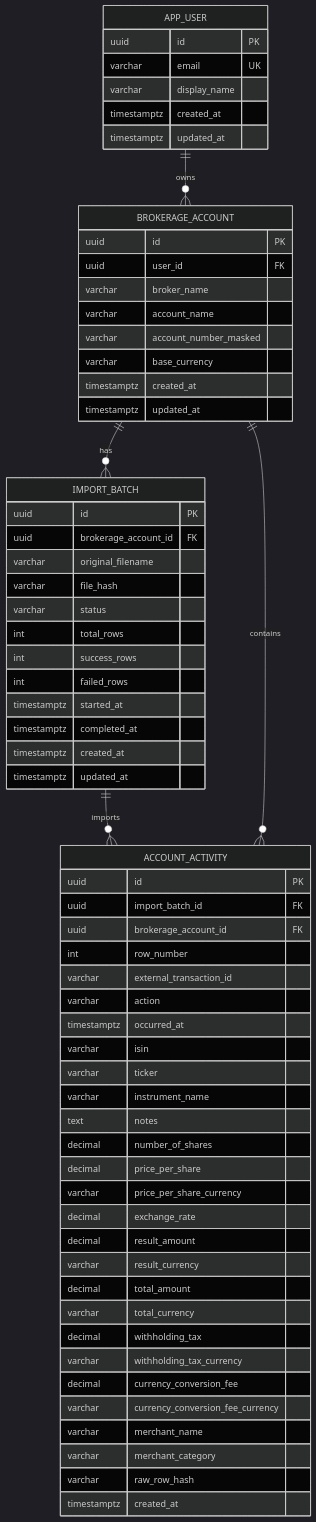
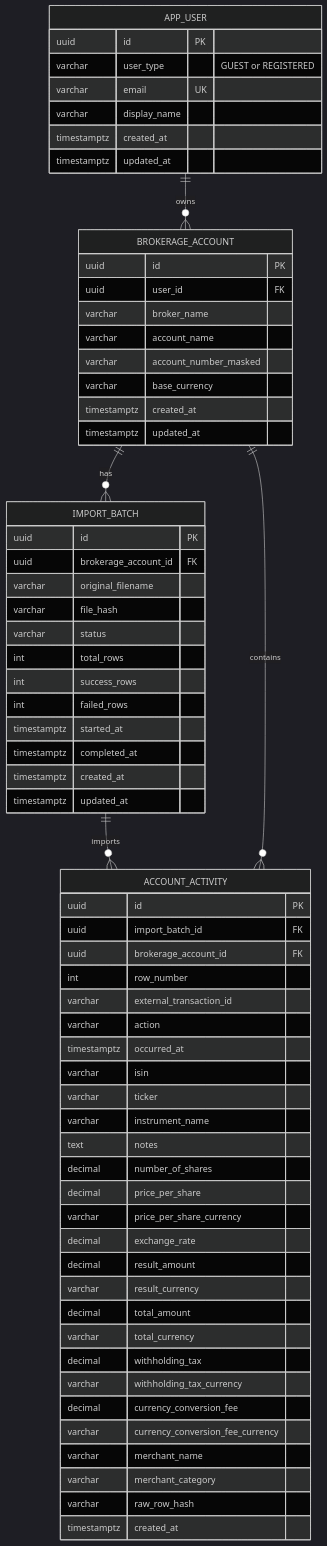
One commit to KehangLi/AlphaForge changed the diagram in src/main/java/com/likehang/alphaforge/model/entity/schema.md. Above: the diagram before and after it, drawn with Mermaid (dark theme). The commit also changed 5 other files, not shown here.

Commit message:
add user type to app users

````diff
--- a/src/main/java/com/likehang/alphaforge/model/entity/schema.md
+++ b/src/main/java/com/likehang/alphaforge/model/entity/schema.md
@@ -1,71 +1,72 @@
 ```mermaid
 erDiagram
     APP_USER ||--o{ BROKERAGE_ACCOUNT : owns
     BROKERAGE_ACCOUNT ||--o{ IMPORT_BATCH : has
     IMPORT_BATCH ||--o{ ACCOUNT_ACTIVITY : imports
     BROKERAGE_ACCOUNT ||--o{ ACCOUNT_ACTIVITY : contains
 
     APP_USER {
         uuid id PK
+        varchar user_type "GUEST or REGISTERED"
         varchar email UK
         varchar display_name
         timestamptz created_at
         timestamptz updated_at
     }
 
     BROKERAGE_ACCOUNT {
         uuid id PK
         uuid user_id FK
         varchar broker_name
         varchar account_name
         varchar account_number_masked
         varchar base_currency
         timestamptz created_at
         timestamptz updated_at
     }
 
     IMPORT_BATCH {
         uuid id PK
         uuid brokerage_account_id FK
         varchar original_filename
         varchar file_hash
         varchar status
         int total_rows
         int success_rows
         int failed_rows
         timestamptz started_at
         timestamptz completed_at
         timestamptz created_at
         timestamptz updated_at
     }
 
     ACCOUNT_ACTIVITY {
         uuid id PK
         uuid import_batch_id FK
         uuid brokerage_account_id FK
         int row_number
         varchar external_transaction_id
         varchar action
         timestamptz occurred_at
         varchar isin
         varchar ticker
         varchar instrument_name
         text notes
         decimal number_of_shares
         decimal price_per_share
         varchar price_per_share_currency
         decimal exchange_rate
         decimal result_amount
         varchar result_currency
         decimal total_amount
         varchar total_currency
         decimal withholding_tax
         varchar withholding_tax_currency
         decimal currency_conversion_fee
         varchar currency_conversion_fee_currency
         varchar merchant_name
         varchar merchant_category
         varchar raw_row_hash
         timestamptz created_at
     }
 ```
````
